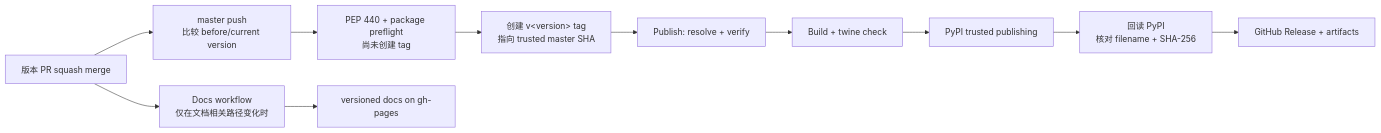
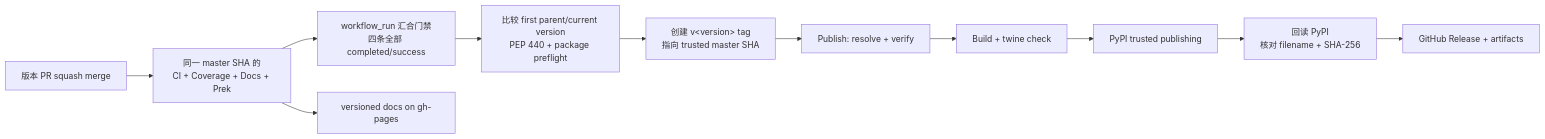
Before and after one commit to kexue-z/nonebot-plugin-htmlrender: the diagram in docs/maintainers/quality/release-process.md, drawn with Mermaid. The commit also changed other lines of this file and 25 other files, not shown here.

````diff
--- a/docs/maintainers/quality/release-process.md
+++ b/docs/maintainers/quality/release-process.md
@@ -33,13 +37,13 @@
 ```mermaid
 flowchart LR
-    A["版本 PR squash merge"] --> B["master push<br/>比较 before/current version"]
-    B --> P["PEP 440 + package preflight<br/>尚未创建 tag"]
+    A["版本 PR squash merge"] --> B["同一 master SHA 的<br/>CI + Coverage + Docs + Prek"]
+    B --> R["workflow_run 汇合门禁<br/>四条全部 completed/success"]
+    R --> P["比较 first parent/current version<br/>PEP 440 + package preflight"]
     P --> C["创建 v&lt;version&gt; tag<br/>指向 trusted master SHA"]
     C --> D["Publish: resolve + verify"]
     D --> E["Build + twine check"]
     E --> F["PyPI trusted publishing"]
     F --> V["回读 PyPI<br/>核对 filename + SHA-256"]
     V --> G["GitHub Release + artifacts"]
-    A --> H["Docs workflow<br/>仅在文档相关路径变化时"]
-    H --> I["versioned docs on gh-pages"]
+    B --> I["versioned docs on gh-pages"]
 ```
````
